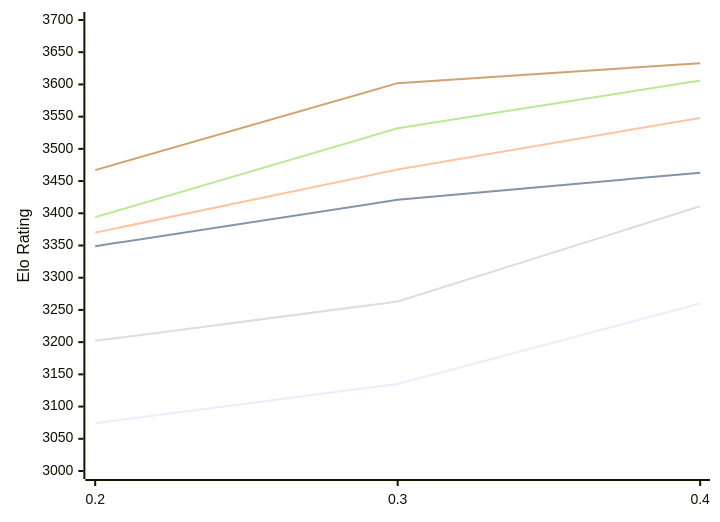
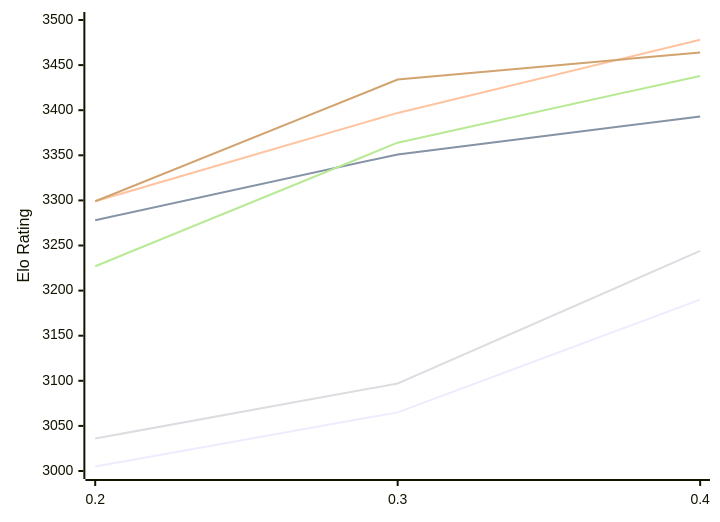
Before and after one commit to computer-chess-index/cci: the diagram in engines/StockDory.md, drawn with Mermaid. The commit also changed other lines of this file, not shown here.

Commit message:
Update CCI Ratings (ELO VLTC) - 2026-11-13

````diff
--- a/engines/StockDory.md
+++ b/engines/StockDory.md
@@ -51,12 +51,12 @@
 ```mermaid
 %%{init: {"theme":"base","themeVariables":{"seriesColors:['#a3a3a3','#222221','#faa371']}}}%%
 xychart-beta
   x-axis ["0.2", "0.3", "0.4"]
-  y-axis "Elo Rating" 3000 --> 3700
-  line "E1: STC (8.0+0.08s)" [3074, 3135, 3260]
-  line "E1: LTC (60.0+0.60s)" [3349, 3421, 3463]
-  line "E1: VLTC (2m24s+1.12s)" [3370, 3468, 3548]
-  line "P1: STC (8.0+0.08s)" [3202, 3263, 3411]
-  line "P1: LTC (60.0+0.60s)" [3394, 3532, 3606]
-  line "P1: VLTC (2m24s+1.12s)" [3467, 3602, 3633]
+  y-axis "Elo Rating" 3000 --> 3500
+  line "E1: STC (8.0+0.08s)" [3005, 3065, 3190]
+  line "E1: LTC (60.0+0.60s)" [3278, 3351, 3393]
+  line "E1: VLTC (2m24s+1.12s)" [3299, 3397, 3478]
+  line "P1: STC (8.0+0.08s)" [3036, 3097, 3244]
+  line "P1: LTC (60.0+0.60s)" [3227, 3364, 3438]
+  line "P1: VLTC (2m24s+1.12s)" [3299, 3434, 3464]
 ```
````
